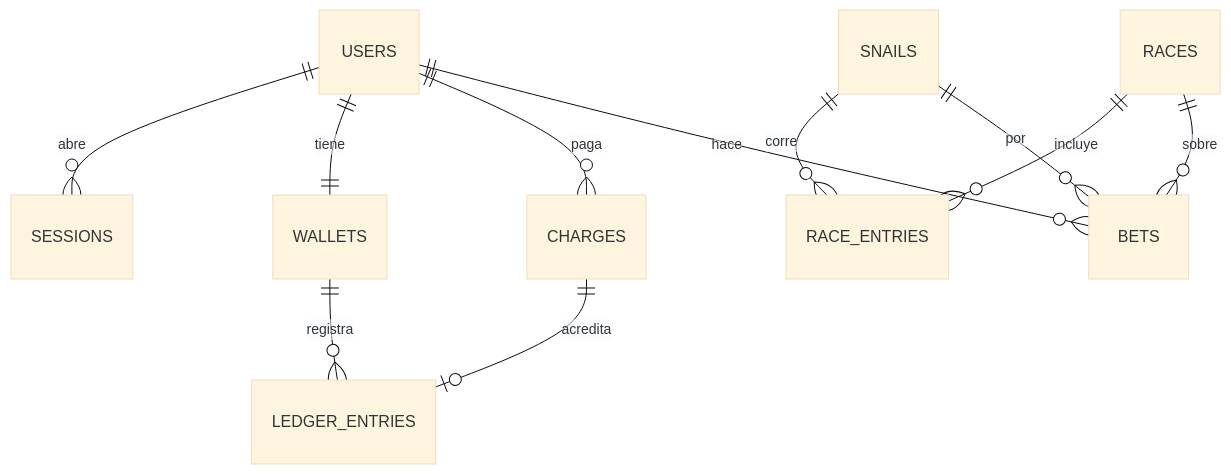
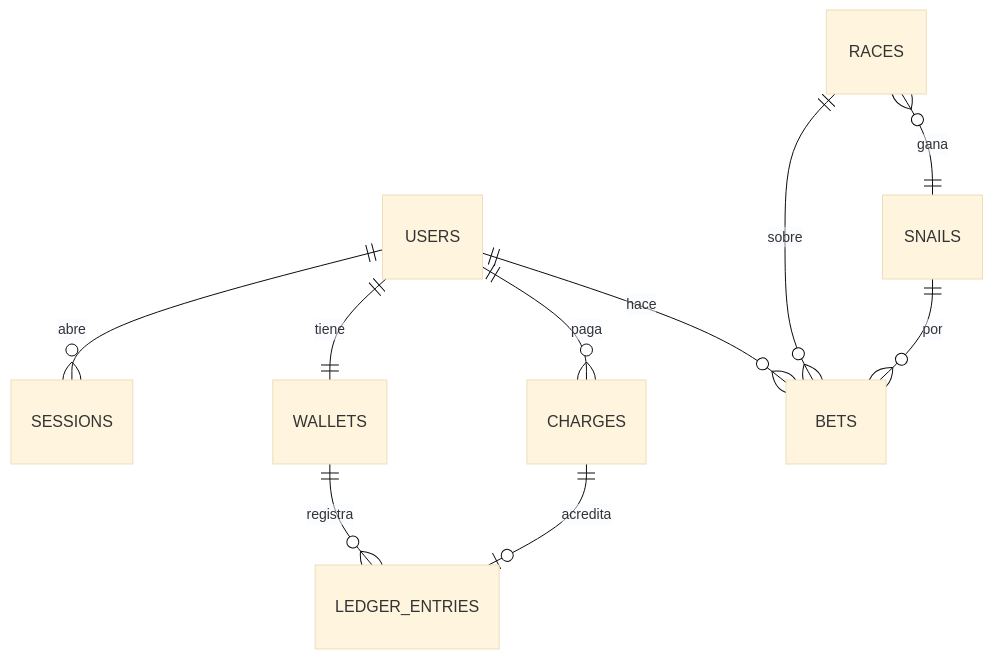
The diagram in docs/07-entrega/propuesta-base-de-datos.md (yosa/luis-2036), drawn with Mermaid (base theme) before and after one commit. The commit also changed other lines of this file and 4 other files, not shown here.

````diff
--- a/docs/07-entrega/propuesta-base-de-datos.md
+++ b/docs/07-entrega/propuesta-base-de-datos.md
@@ -19,13 +19,12 @@
 ```mermaid
 erDiagram
   USERS ||--o{ SESSIONS : abre
   USERS ||--|| WALLETS : tiene
   WALLETS ||--o{ LEDGER_ENTRIES : registra
   USERS ||--o{ CHARGES : paga
   CHARGES ||--o| LEDGER_ENTRIES : acredita
-  SNAILS ||--o{ RACE_ENTRIES : corre
-  RACES ||--o{ RACE_ENTRIES : incluye
+  RACES }o--|| SNAILS : gana
   USERS ||--o{ BETS : hace
   RACES ||--o{ BETS : sobre
   SNAILS ||--o{ BETS : por
 ```
````
